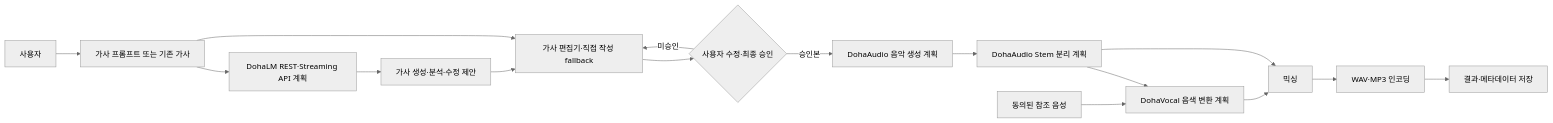
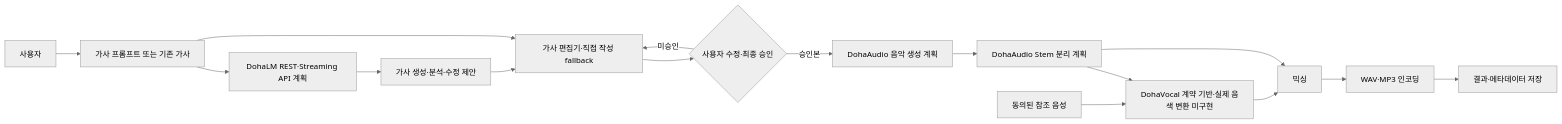
The diagram in README.md (DohaStudio/DohaMusic), drawn with Mermaid (neutral theme) before and after one commit. The commit also changed other lines of this file and 24 other files, not shown here.

Commit message:
feat: DohaVocal Consumer Contract Foundation 구현

````diff
--- a/README.md
+++ b/README.md
@@ -93,18 +93,18 @@
 ```mermaid
 flowchart LR
   U[사용자] --> I[가사 프롬프트 또는 기존 가사]
   I --> D[DohaLM REST·Streaming API 계획]
   D --> L[가사 생성·분석·수정 제안]
   I --> E[가사 편집기·직접 작성 fallback]
   L --> E
   E --> A{사용자 수정·최종 승인}
   A -->|미승인| E
   A -->|승인본| G[DohaAudio 음악 생성 계획]
   G --> S[DohaAudio Stem 분리 계획]
-  R[동의된 참조 음성] --> V[DohaVocal 음색 변환 계획]
+  R[동의된 참조 음성] --> V[DohaVocal 계약 기반·실제 음색 변환 미구현]
   S --> V
   S --> M[믹싱]
   V --> M
   M --> ENC[WAV·MP3 인코딩]
   ENC --> O[결과·메타데이터 저장]
 ```
````
